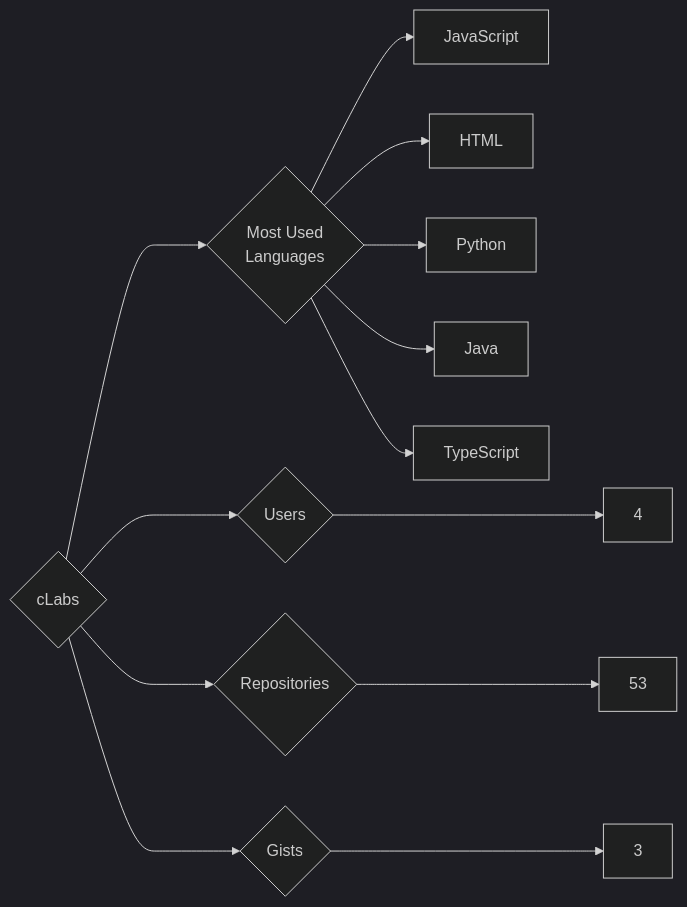
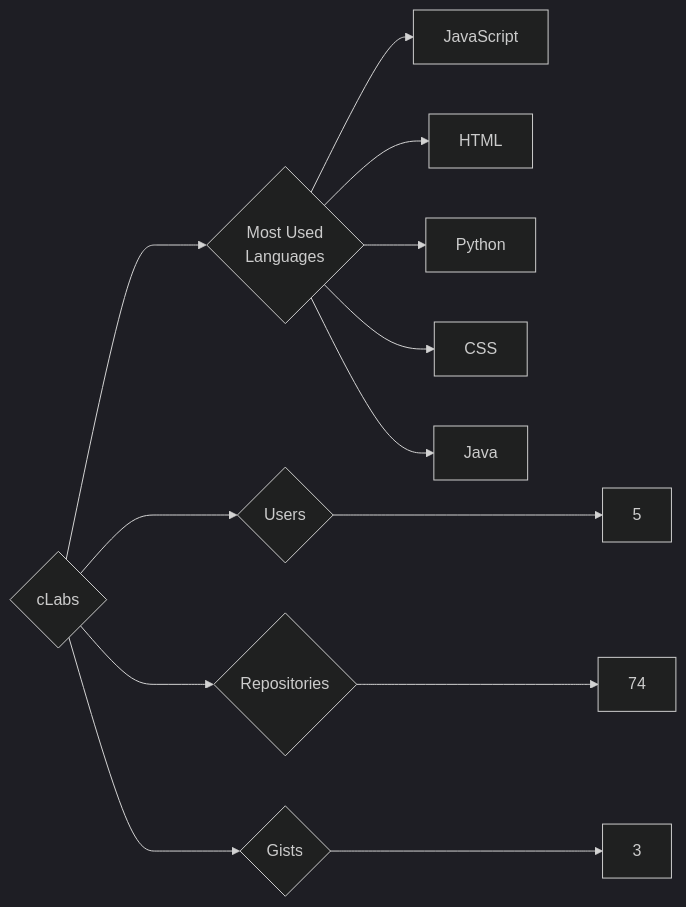
One commit to trickest/insiders changed the diagram in targets/cLabs/README.md. Above: the diagram before and after it, drawn with Mermaid (dark theme). The commit also changed 1030 other files, not shown here.

````diff
--- a/targets/cLabs/README.md
+++ b/targets/cLabs/README.md
@@ -3,13 +3,13 @@
 ```mermaid
 graph LR
 COMPANY_NAME{cLabs}
-COMPANY_NAME ---> U{Users} ---> UN[4]
-COMPANY_NAME ---> R{Repositories} ---> RN[53]
+COMPANY_NAME ---> U{Users} ---> UN[5]
+COMPANY_NAME ---> R{Repositories} ---> RN[74]
 COMPANY_NAME ---> G{Gists} ---> GN[3]
 COMPANY_NAME ---> ML{Most Used<br>Languages}
 ML --> JavaScript[JavaScript]
 ML --> HTML[HTML]
 ML --> Python[Python]
+ML --> CSS[CSS]
 ML --> Java[Java]
-ML --> TypeScript[TypeScript]
 ```
````
